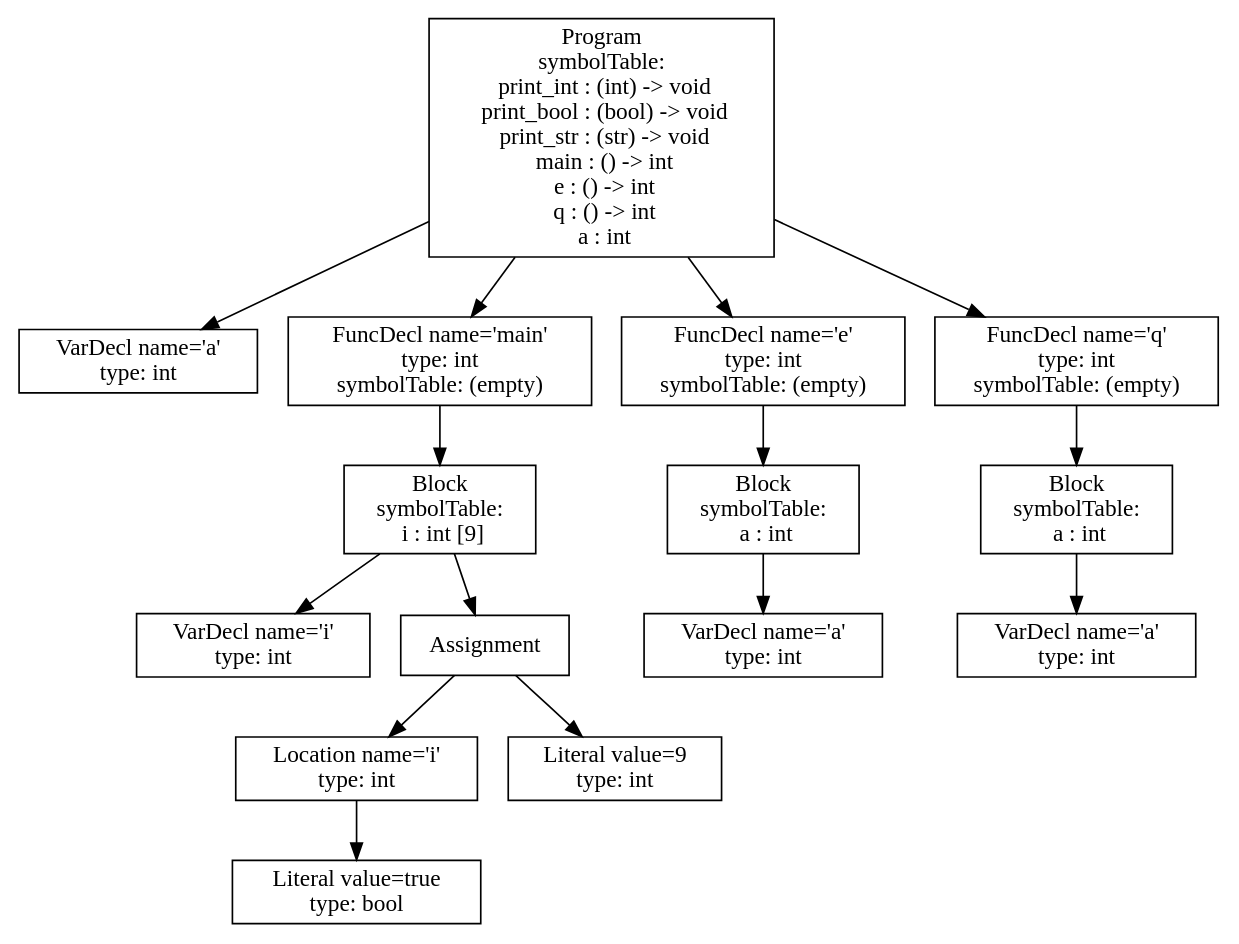
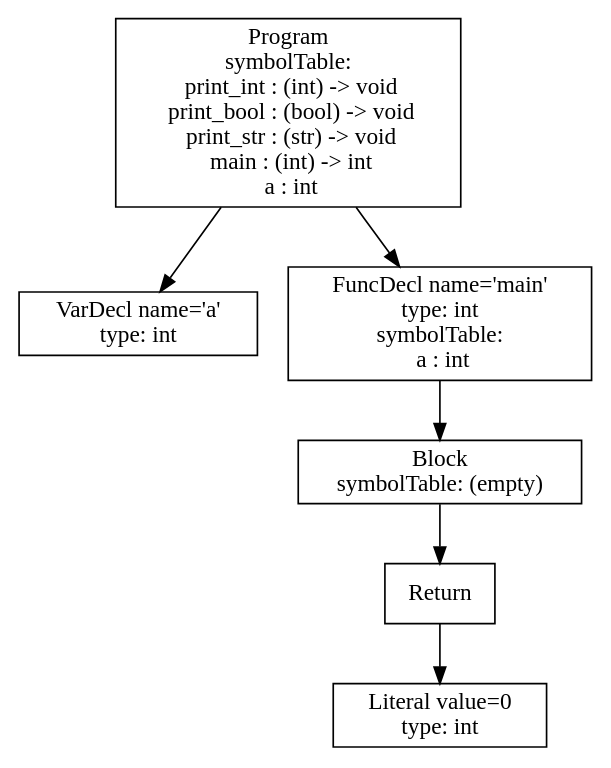
One commit to vtstew/p3-analysis changed the diagram in ast.dot. Above: the diagram before and after it, drawn with Graphviz. The commit also changed 10 other files, not shown here.

```diff
--- a/ast.dot
+++ b/ast.dot
@@ -1,31 +1,13 @@
 digraph AST {
 1 [shape=box, label="VarDecl name='a'\ntype: int"];
-4 [shape=box, label="VarDecl name='i'\ntype: int"];
-7 [shape=box, label="Literal value=true\ntype: bool"];
-6 [shape=box, label="Location name='i'\ntype: int"];
-6 -> 7;
-8 [shape=box, label="Literal value=9\ntype: int"];
-5 [shape=box, label="Assignment"];
-5 -> 6;
-5 -> 8;
-3 [shape=box, label="Block\nsymbolTable: \n  i : int [9]"];
+5 [shape=box, label="Literal value=0\ntype: int"];
+4 [shape=box, label="Return"];
+4 -> 5;
+3 [shape=box, label="Block\nsymbolTable: (empty)"];
 3 -> 4;
-3 -> 5;
-2 [shape=box, label="FuncDecl name='main'\ntype: int\nsymbolTable: (empty)"];
+2 [shape=box, label="FuncDecl name='main'\ntype: int\nsymbolTable: \n  a : int"];
 2 -> 3;
-11 [shape=box, label="VarDecl name='a'\ntype: int"];
-10 [shape=box, label="Block\nsymbolTable: \n  a : int"];
-10 -> 11;
-9 [shape=box, label="FuncDecl name='e'\ntype: int\nsymbolTable: (empty)"];
-9 -> 10;
-14 [shape=box, label="VarDecl name='a'\ntype: int"];
-13 [shape=box, label="Block\nsymbolTable: \n  a : int"];
-13 -> 14;
-12 [shape=box, label="FuncDecl name='q'\ntype: int\nsymbolTable: (empty)"];
-12 -> 13;
-0 [shape=box, label="Program\nsymbolTable: \n  print_int : (int) -> void\n  print_bool : (bool) -> void\n  print_str : (str) -> void\n  main : () -> int\n  e : () -> int\n  q : () -> int\n  a : int"];
+0 [shape=box, label="Program\nsymbolTable: \n  print_int : (int) -> void\n  print_bool : (bool) -> void\n  print_str : (str) -> void\n  main : (int) -> int\n  a : int"];
 0 -> 1;
 0 -> 2;
-0 -> 9;
-0 -> 12;
 }
```
